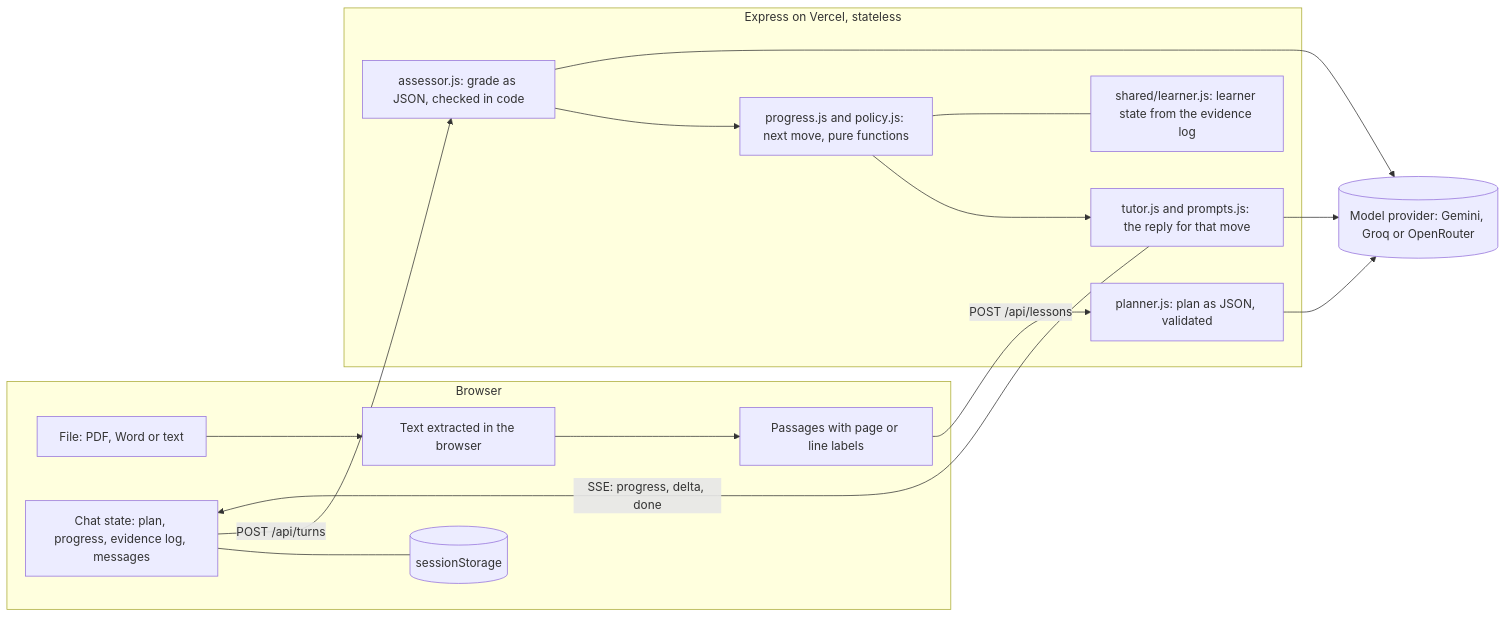
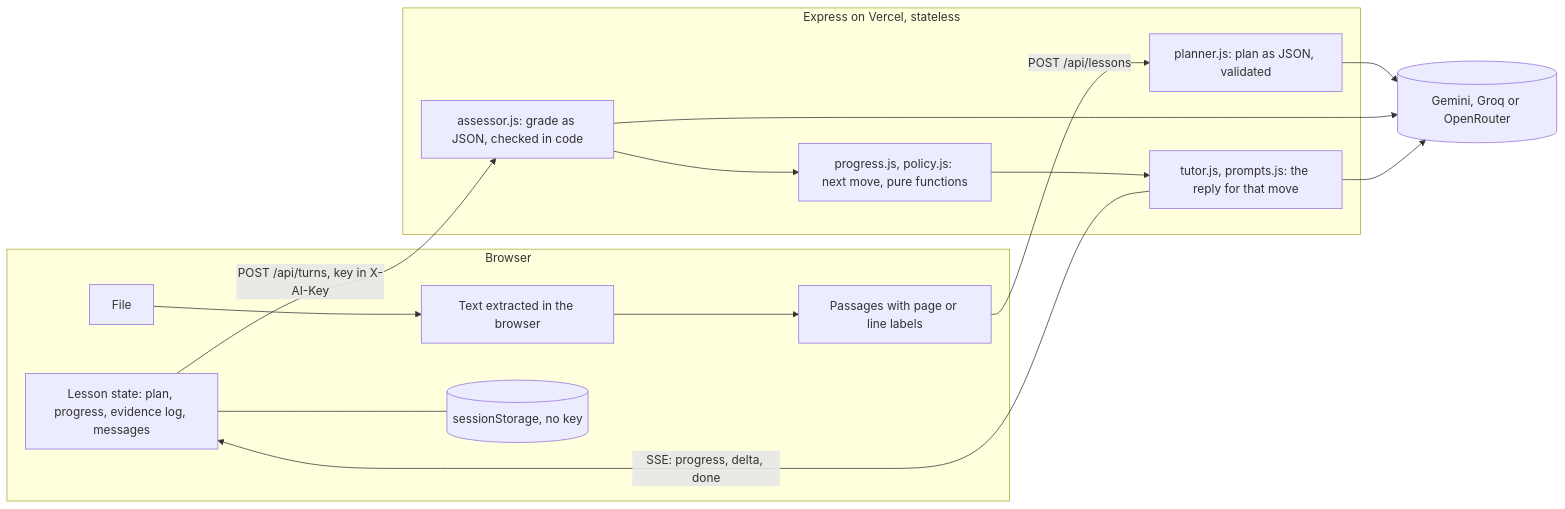
One commit to GalHillel/teach-me-this-file changed the diagram in README.md. Above: the diagram before and after it, drawn with Mermaid. The commit also changed other lines of this file and 5 other files, not shown here.

````diff
--- a/README.md
+++ b/README.md
@@ -78,22 +24,20 @@
 ```mermaid
 flowchart LR
   subgraph Browser
-    F[File: PDF, Word or text] --> X[Text extracted in the browser] --> P[Passages with page or line labels]
-    R[Chat state: plan, progress, evidence log, messages] --- S[(sessionStorage)]
+    F[File] --> X[Text extracted in the browser] --> P[Passages with page or line labels]
+    R[Lesson state: plan, progress, evidence log, messages] --- S[(sessionStorage, no key)]
   end
   subgraph Server[Express on Vercel, stateless]
     PL[planner.js: plan as JSON, validated]
     A[assessor.js: grade as JSON, checked in code]
-    G[progress.js and policy.js: next move, pure functions]
-    L[shared/learner.js: learner state from the evidence log]
-    T[tutor.js and prompts.js: the reply for that move]
+    G[progress.js, policy.js: next move, pure functions]
+    T[tutor.js, prompts.js: the reply for that move]
   end
-  M[(Model provider: Gemini, Groq or OpenRouter)]
+  M[(Gemini, Groq or OpenRouter)]
   P -- POST /api/lessons --> PL
-  R -- POST /api/turns --> A --> G --> T
-  G --- L
+  R -- POST /api/turns, key in X-AI-Key --> A --> G --> T
   PL --> M
   A --> M
   T --> M
   T -- "SSE: progress, delta, done" --> R
 ```
````
